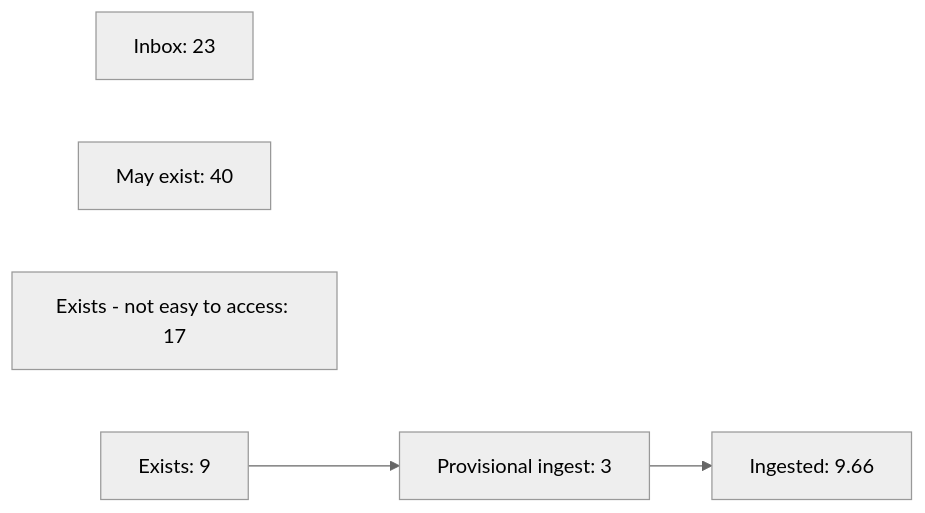
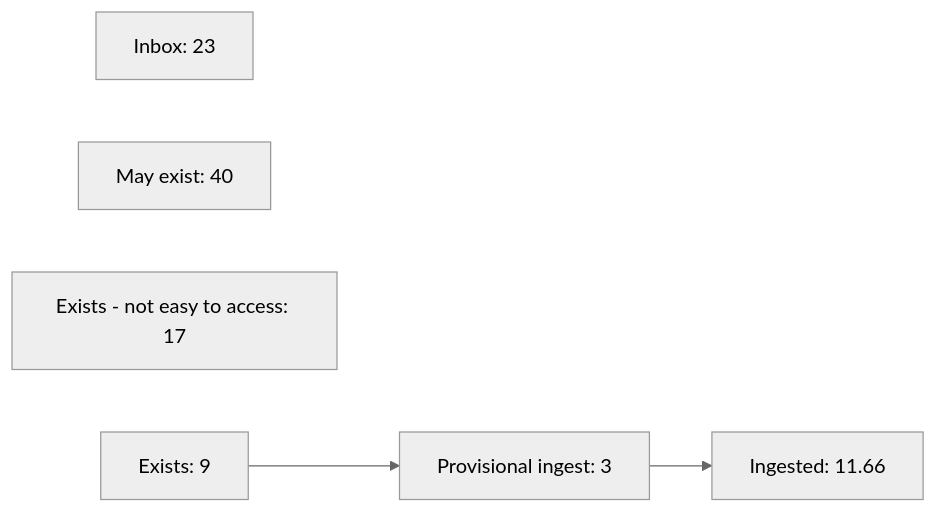
One commit to OpenPKCommons/OPKC changed the first of 2 diagrams in README.md. Above: the diagram before and after it, drawn with Mermaid (neutral theme). The commit also changed 7 other files, not shown here.

Commit message:
validated Jones and Puhach ingestions, added variant and platform info, confirmed with create_schema, updated documentation, ready to merge

````diff
--- a/README.md
+++ b/README.md
@@ -52,10 +52,10 @@
 ```mermaid
 graph LR
 	inbox[Inbox: 23]
 	mayexist[May exist: 40]
 	denea[Exists - not easy to access: 17]
 	exists[Exists: 9]
 	provingest[Provisional ingest: 3]
-	ingested[Ingested: 9.66]
+	ingested[Ingested: 11.66]
 	exists --> provingest --> ingested
 ```
````
